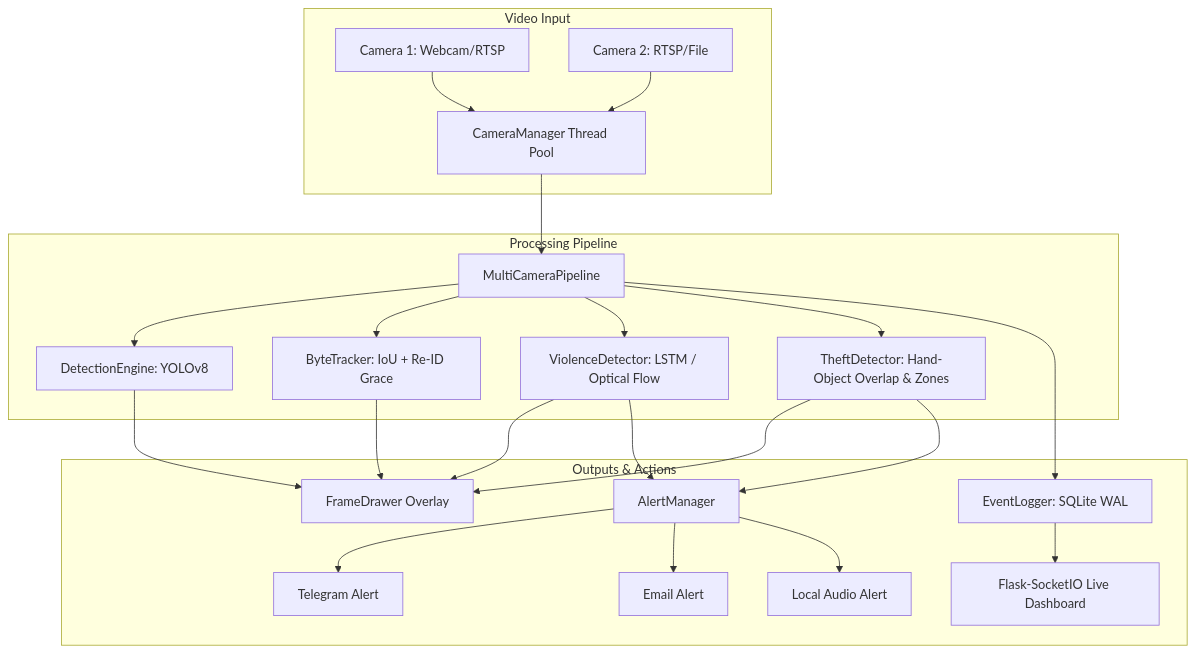
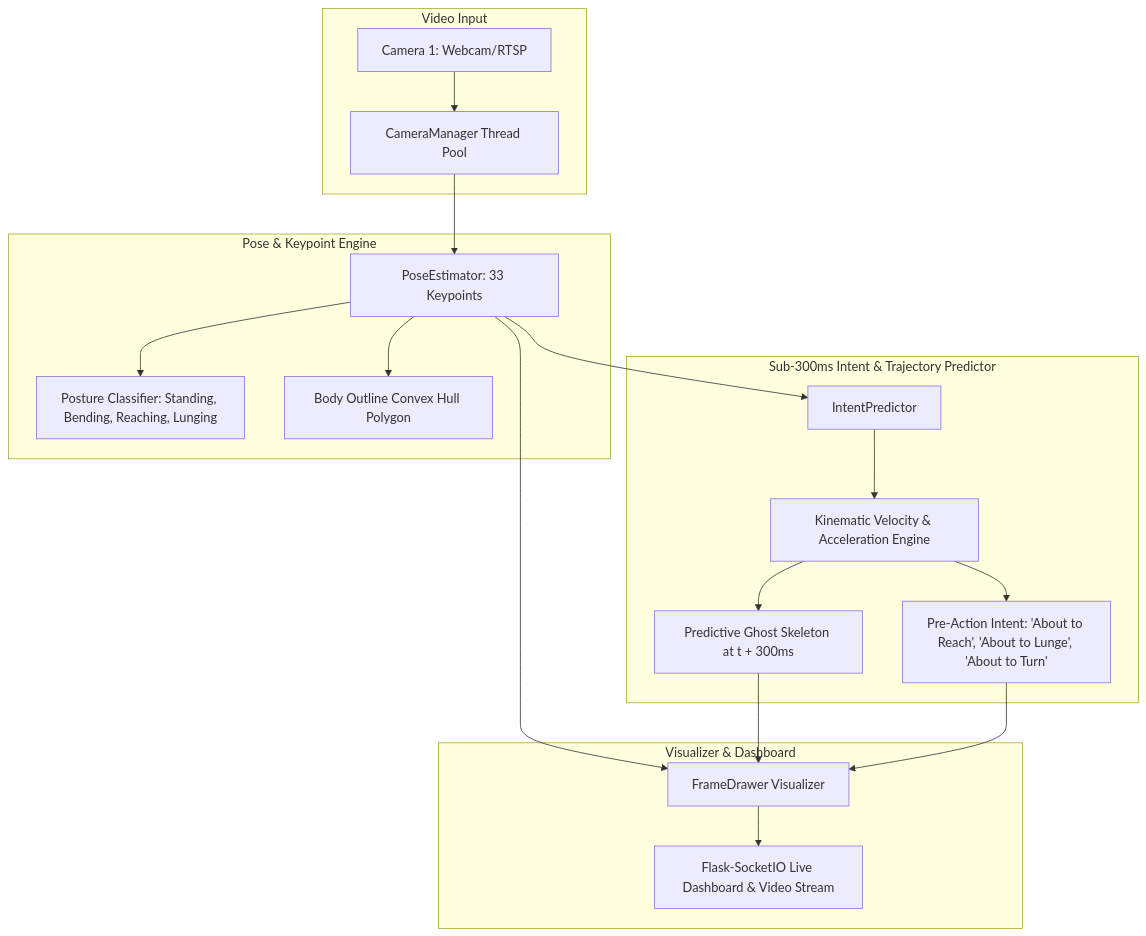
Before and after one commit to Manju1303/Indeent-Detection: the diagram in CODEBASE_EVALUATION_REPORT.md, drawn with Mermaid. The commit also changed other lines of this file and 7 other files, not shown here.

Commit message:
feat: add real-time human intent & sub-300ms pre-action movement prediction engine

````diff
--- a/CODEBASE_EVALUATION_REPORT.md
+++ b/CODEBASE_EVALUATION_REPORT.md
@@ -22,34 +22,28 @@
 ```mermaid
 flowchart TD
     subgraph Video Input
         C1[Camera 1: Webcam/RTSP]
-        C2[Camera 2: RTSP/File]
         CM[CameraManager Thread Pool]
         C1 --> CM
-        C2 --> CM
     end
 
-    subgraph Processing Pipeline
-        CM --> MCP[MultiCameraPipeline]
-        MCP --> YOLO[DetectionEngine: YOLOv8]
-        MCP --> TRACK[ByteTracker: IoU + Re-ID Grace]
-        MCP --> VIOL[ViolenceDetector: LSTM / Optical Flow]
-        MCP --> THEFT[TheftDetector: Hand-Object Overlap & Zones]
+    subgraph Pose & Keypoint Engine
+        CM --> PE[PoseEstimator: 33 Keypoints]
+        PE --> POST[Posture Classifier: Standing, Bending, Reaching, Lunging]
+        PE --> HULL[Body Outline Convex Hull Polygon]
     end
 
-    subgraph Outputs & Actions
-        YOLO --> DRAWER[FrameDrawer Overlay]
-        TRACK --> DRAWER
-        VIOL --> DRAWER
-        THEFT --> DRAWER
+    subgraph Sub-300ms Intent & Trajectory Predictor
+        PE --> IP[IntentPredictor]
+        IP --> KIN[Kinematic Velocity & Acceleration Engine]
+        KIN --> GHOST[Predictive Ghost Skeleton at t + 300ms]
+        KIN --> PREACT[Pre-Action Intent: 'About to Reach', 'About to Lunge', 'About to Turn']
+    end
 
-        THEFT --> AM[AlertManager]
-        VIOL --> AM
-        AM --> TG[Telegram Alert]
-        AM --> EM[Email Alert]
-        AM --> LA[Local Audio Alert]
-
-        MCP --> LOG[EventLogger: SQLite WAL]
-        LOG --> DASH[Flask-SocketIO Live Dashboard]
+    subgraph Visualizer & Dashboard
+        PE --> DRAWER[FrameDrawer Visualizer]
+        GHOST --> DRAWER
+        PREACT --> DRAWER
+        DRAWER --> DASH[Flask-SocketIO Live Dashboard & Video Stream]
     end
 ```
````
